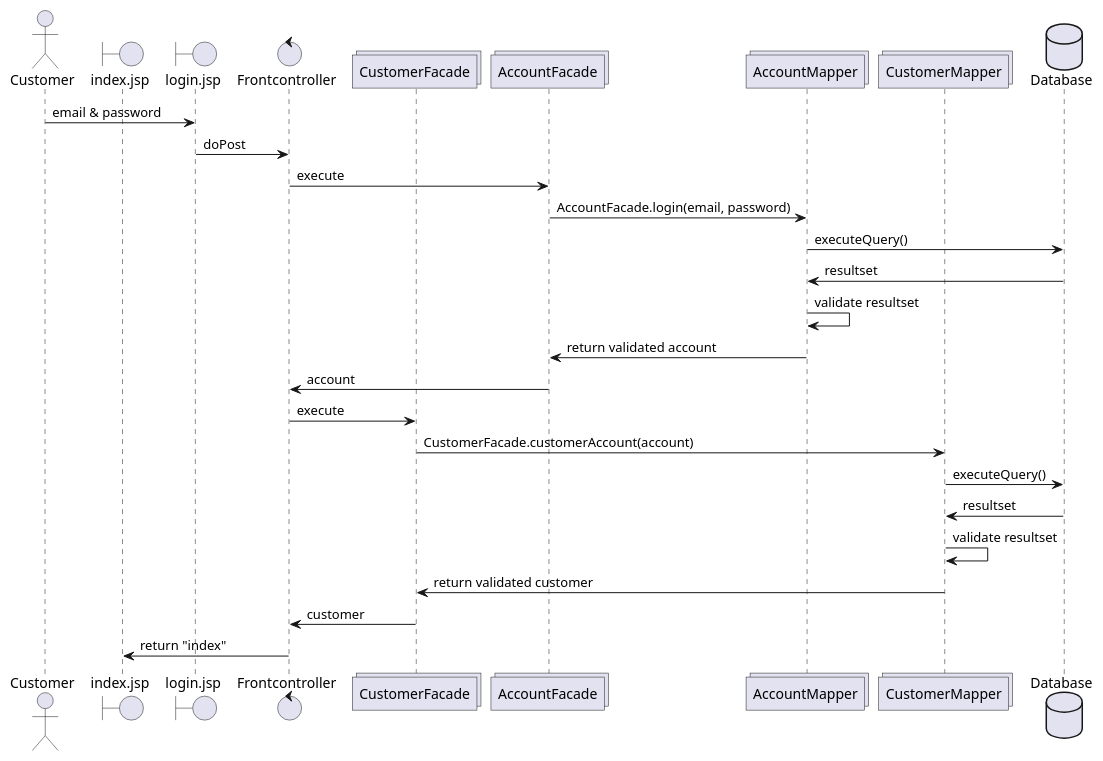
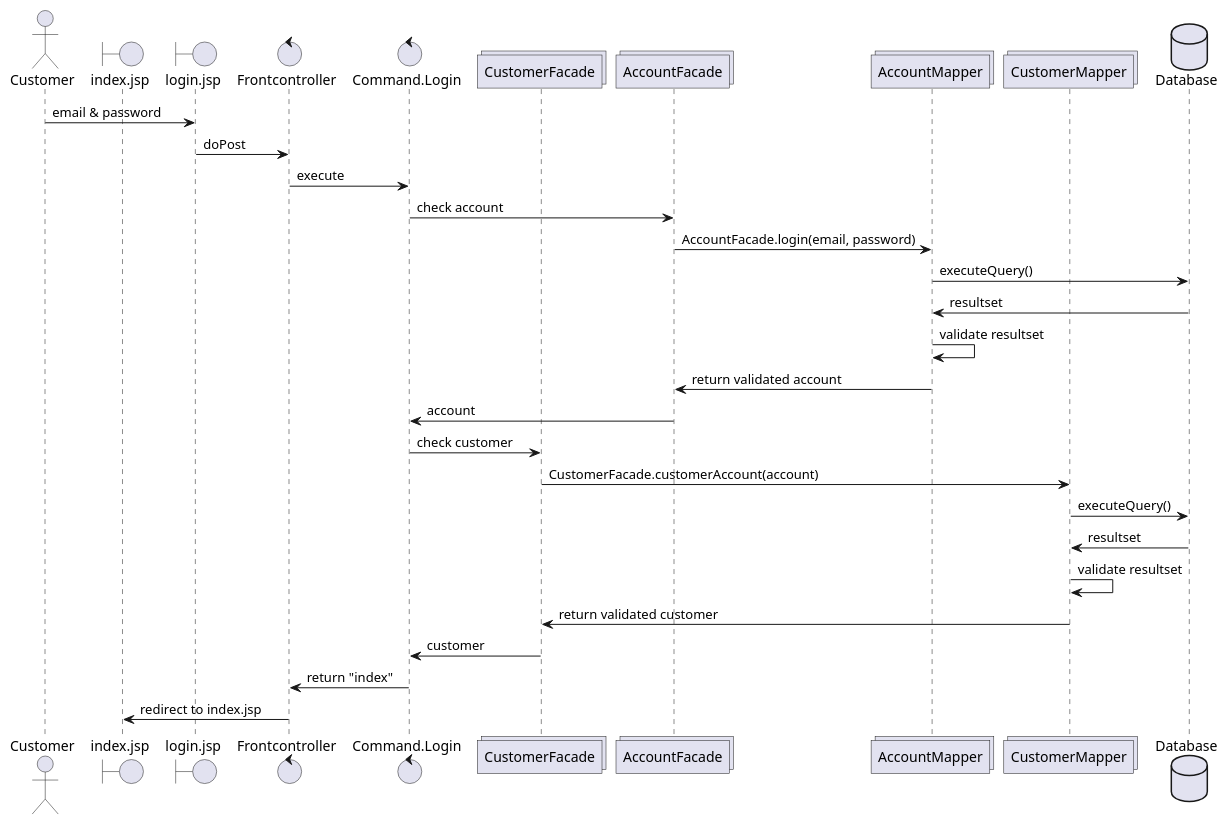
The diagram in src/diagrammer/Sequence-diagram.puml (coerth/carport), drawn with PlantUML before and after one commit. The commit also changed 1 other file, not shown here.

Commit message:
Endelige version af sekvensdiagram

```diff
--- a/src/diagrammer/Sequence-diagram.puml
+++ b/src/diagrammer/Sequence-diagram.puml
@@ -1,33 +1,34 @@
 @startuml
 
 actor       Customer       as Foo1
 boundary    index.jsp   as Foo8
 boundary    login.jsp    as Foo2
 control     Frontcontroller     as Foo3
+control     Command.Login    as Foo10
 collections CustomerFacade as Foo7
 collections AccountFacade as Foo5
 collections AccountMapper as Foo4
 collections CustomerMapper as Foo9
 database    Database    as Foo6
 
-
-
 Foo1 -> Foo2 : email & password
 Foo2 -> Foo3 : doPost
-Foo3 -> Foo5 : execute
+Foo3 -> Foo10 : execute
+Foo10 -> Foo5 : check account
 Foo5 -> Foo4 : AccountFacade.login(email, password)
 Foo4 -> Foo6 : executeQuery()
 Foo4 <- Foo6 : resultset
 Foo4 -> Foo4 : validate resultset
 Foo4 -> Foo5 : return validated account
-Foo5 -> Foo3 : account
-Foo3 -> Foo7 : execute
+Foo5 -> Foo10 : account
+Foo10 -> Foo7 : check customer
 Foo7 -> Foo9 : CustomerFacade.customerAccount(account)
 Foo9 -> Foo6 : executeQuery()
 Foo9 <- Foo6 : resultset
 Foo9 -> Foo9 : validate resultset
 Foo9 -> Foo7 : return validated customer
-Foo7 -> Foo3 : customer
-Foo3 -> Foo8 : return "index"
+Foo7 -> Foo10 : customer
+Foo10 -> Foo3 : return "index"
+Foo3 -> Foo8 : redirect to index.jsp
 
 @enduml
```
